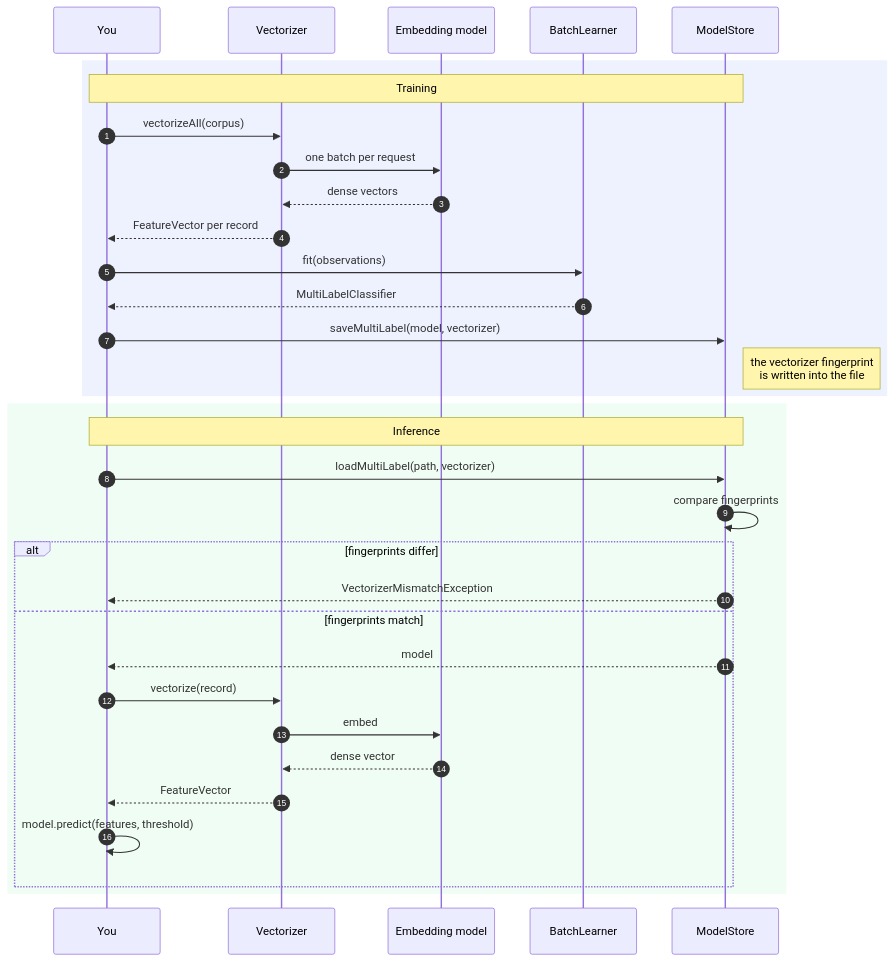
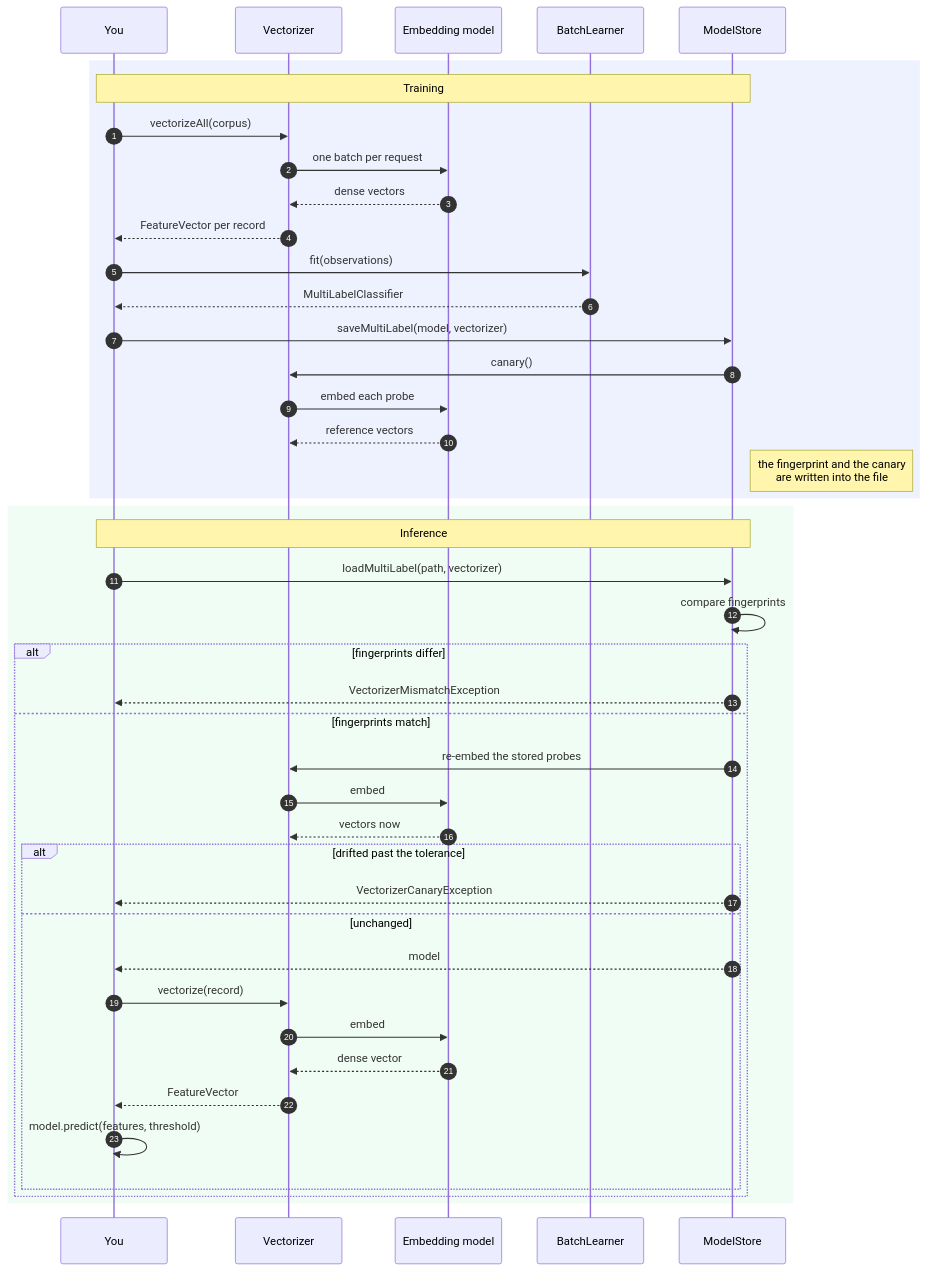
Before and after one commit to Ragin-LundF/smart-skein: the second of 2 diagrams in docs/embeddings/README.md, drawn with Mermaid. The commit also changed other lines of this file and 95 other files, not shown here.

````diff
--- a/docs/embeddings/README.md
+++ b/docs/embeddings/README.md
@@ -123,37 +126,47 @@
 ```mermaid
 sequenceDiagram
     autonumber
     participant You
     participant V as Vectorizer
     participant M as Embedding model
     participant L as BatchLearner
     participant S as ModelStore
 
     rect rgb(238, 242, 255)
     note over You,S: Training
     You->>V: vectorizeAll(corpus)
     V->>M: one batch per request
     M-->>V: dense vectors
     V-->>You: FeatureVector per record
     You->>L: fit(observations)
     L-->>You: MultiLabelClassifier
     You->>S: saveMultiLabel(model, vectorizer)
-    note right of S: the vectorizer fingerprint<br/>is written into the file
+    S->>V: canary()
+    V->>M: embed each probe
+    M-->>V: reference vectors
+    note right of S: the fingerprint and the canary<br/>are written into the file
     end
 
     rect rgb(240, 253, 244)
     note over You,S: Inference
     You->>S: loadMultiLabel(path, vectorizer)
     S->>S: compare fingerprints
     alt fingerprints differ
         S-->>You: VectorizerMismatchException
     else fingerprints match
-        S-->>You: model
-        You->>V: vectorize(record)
+        S->>V: re-embed the stored probes
         V->>M: embed
-        M-->>V: dense vector
-        V-->>You: FeatureVector
-        You->>You: model.predict(features, threshold)
+        M-->>V: vectors now
+        alt drifted past the tolerance
+            S-->>You: VectorizerCanaryException
+        else unchanged
+            S-->>You: model
+            You->>V: vectorize(record)
+            V->>M: embed
+            M-->>V: dense vector
+            V-->>You: FeatureVector
+            You->>You: model.predict(features, threshold)
+        end
     end
     end
 ```
````
